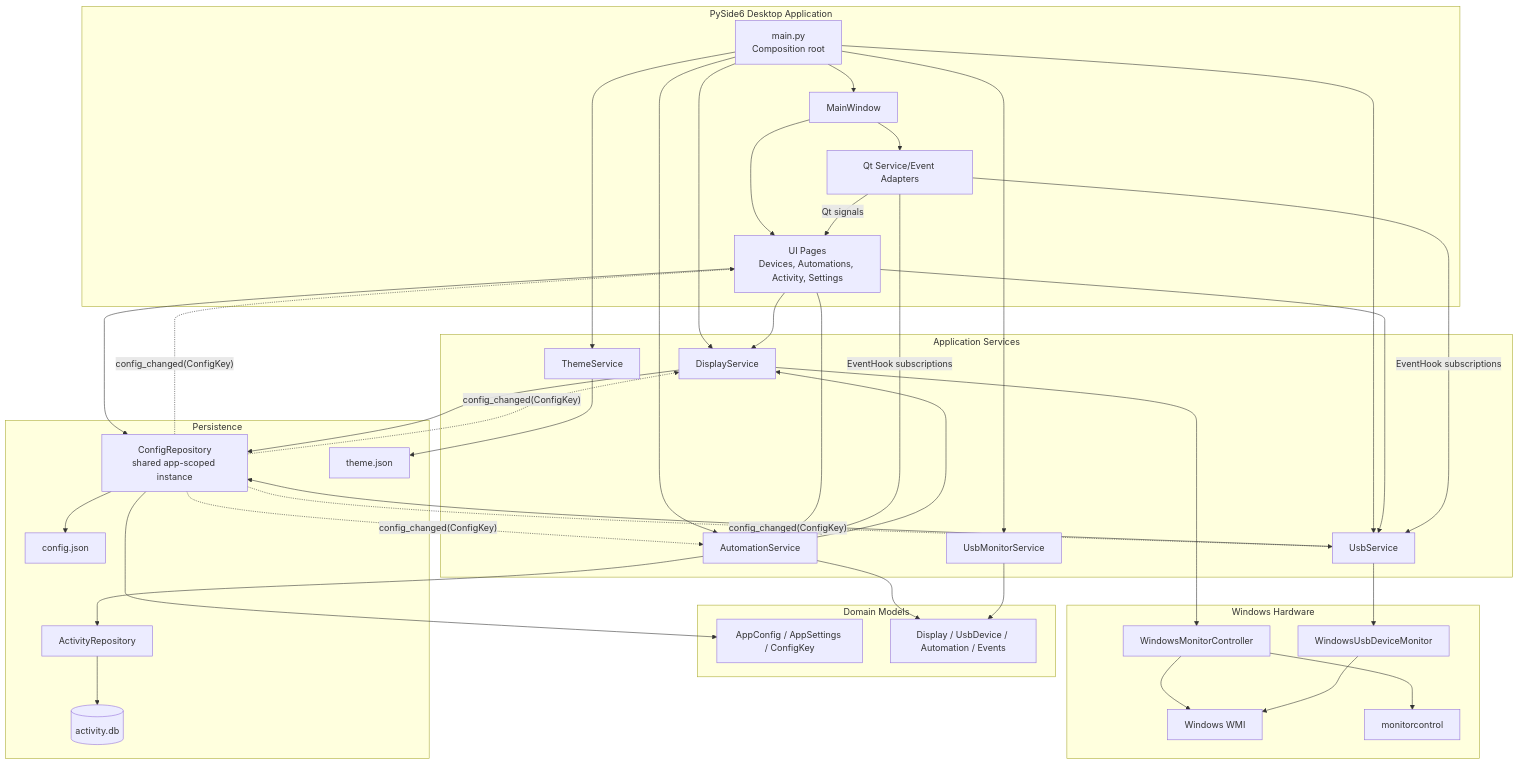
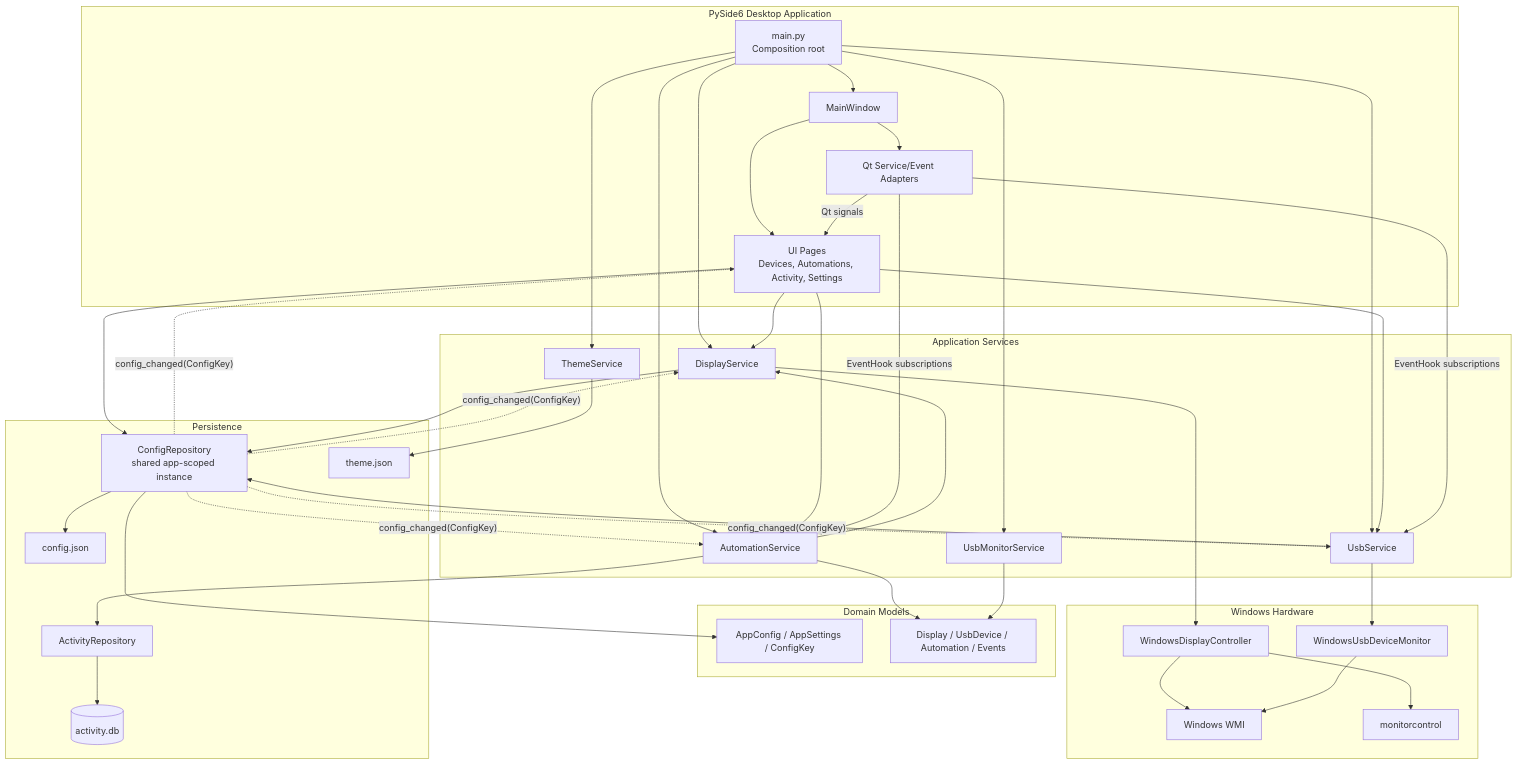
One commit to Gayoon1234/monitor-switcher changed the first of 4 diagrams in docs/technical-implementation.md. Above: the diagram before and after it, drawn with Mermaid. The commit also changed other lines of this file and 13 other files, not shown here.

Commit message:
fix(): update all references to use display instead of monitor to avoid confusion with the components that monitor hardware.

````diff
--- a/docs/technical-implementation.md
+++ b/docs/technical-implementation.md
@@ -13,77 +13,77 @@
 ```mermaid
 flowchart TB
     subgraph Desktop["PySide6 Desktop Application"]
         Main["main.py<br/>Composition root"]
         Window["MainWindow"]
         Pages["UI Pages<br/>Devices, Automations, Activity, Settings"]
         QtAdapter["Qt Service/Event Adapters"]
     end
 
     subgraph Application["Application Services"]
         DisplayService["DisplayService"]
         UsbService["UsbService"]
         AutomationService["AutomationService"]
         UsbMonitorService["UsbMonitorService"]
         ThemeService["ThemeService"]
     end
 
     subgraph Domain["Domain Models"]
         ConfigModels["AppConfig / AppSettings / ConfigKey"]
         Models["Display / UsbDevice / Automation / Events"]
     end
 
     subgraph Persistence["Persistence"]
         ConfigRepo["ConfigRepository<br/>shared app-scoped instance"]
         ActivityRepo["ActivityRepository"]
         Config["config.json"]
         Theme["theme.json"]
         ActivityDB[("activity.db")]
     end
 
     subgraph Hardware["Windows Hardware"]
-        MonitorController["WindowsMonitorController"]
+        DisplayController["WindowsDisplayController"]
         UsbMonitor["WindowsUsbDeviceMonitor"]
         WMI["Windows WMI"]
         MonitorControl["monitorcontrol"]
     end
 
     Main --> Window
     Main --> DisplayService
     Main --> UsbService
     Main --> AutomationService
     Main --> UsbMonitorService
     Main --> ThemeService
 
     Window --> Pages
     Window --> QtAdapter
     Pages --> DisplayService
     Pages --> UsbService
     Pages --> AutomationService
     Pages --> ConfigRepo
 
     QtAdapter -->|"Qt signals"| Pages
     QtAdapter -->|"EventHook subscriptions"| AutomationService
     QtAdapter -->|"EventHook subscriptions"| UsbService
 
     AutomationService --> DisplayService
     AutomationService --> ActivityRepo
     AutomationService --> Models
     UsbMonitorService --> Models
     DisplayService --> ConfigRepo
-    DisplayService --> MonitorController
+    DisplayService --> DisplayController
     UsbService --> UsbMonitor
     UsbService --> ConfigRepo
 
     ConfigRepo --> ConfigModels
     ConfigRepo --> Config
     ConfigRepo -.->|"config_changed(ConfigKey)"| DisplayService
     ConfigRepo -.->|"config_changed(ConfigKey)"| UsbService
     ConfigRepo -.->|"config_changed(ConfigKey)"| AutomationService
     ConfigRepo -.->|"config_changed(ConfigKey)"| Pages
     ThemeService --> Theme
     ActivityRepo --> ActivityDB
 
-    MonitorController --> MonitorControl
-    MonitorController --> WMI
+    DisplayController --> MonitorControl
+    DisplayController --> WMI
     UsbMonitor --> WMI
 ```
````
